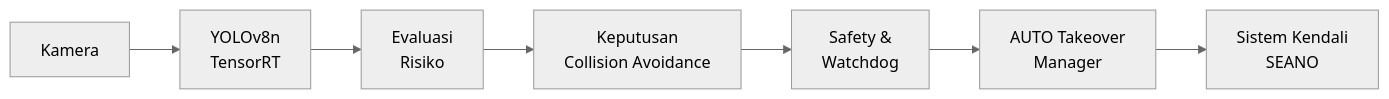
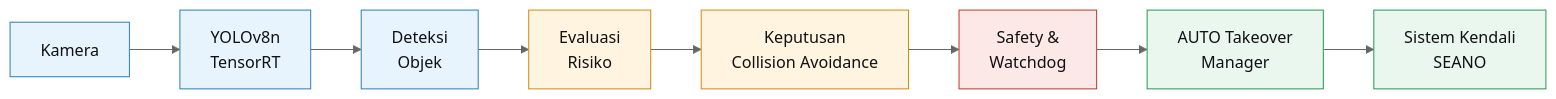
Before and after one commit to Seano-Projects/seano-collision-avoidance: the diagram in README.md, drawn with Mermaid (neutral theme). The commit also changed other lines of this file and 1 other file, not shown here.

````diff
--- a/README.md
+++ b/README.md
@@ -36,9 +76,20 @@
 ```mermaid
 flowchart LR
-    CAM["Kamera"] --> DET["YOLOv8n<br/>TensorRT"]
-    DET --> RISK["Evaluasi<br/>Risiko"]
-    RISK --> DEC["Keputusan<br/>Collision Avoidance"]
-    DEC --> SAFE["Safety &<br/>Watchdog"]
-    SAFE --> AUTO["AUTO Takeover<br/>Manager"]
-    AUTO --> CTRL["Sistem Kendali<br/>SEANO"]
+    A["Kamera"] --> B["YOLOv8n<br/>TensorRT"]
+    B --> C["Deteksi<br/>Objek"]
+    C --> D["Evaluasi<br/>Risiko"]
+    D --> E["Keputusan<br/>Collision Avoidance"]
+    E --> F["Safety &<br/>Watchdog"]
+    F --> G["AUTO Takeover<br/>Manager"]
+    G --> H["Sistem Kendali<br/>SEANO"]
+
+    classDef perception fill:#e8f4fd,stroke:#2980b9,color:#111;
+    classDef decision fill:#fff4df,stroke:#d68910,color:#111;
+    classDef safety fill:#fce8e6,stroke:#c0392b,color:#111;
+    classDef control fill:#e9f7ef,stroke:#239b56,color:#111;
+
+    class A,B,C perception;
+    class D,E decision;
+    class F safety;
+    class G,H control;
 ```
````
